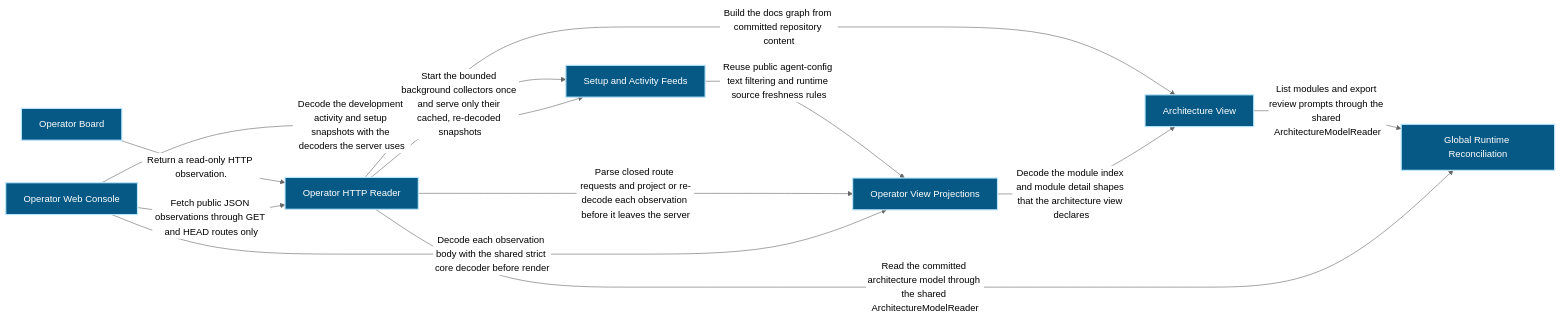
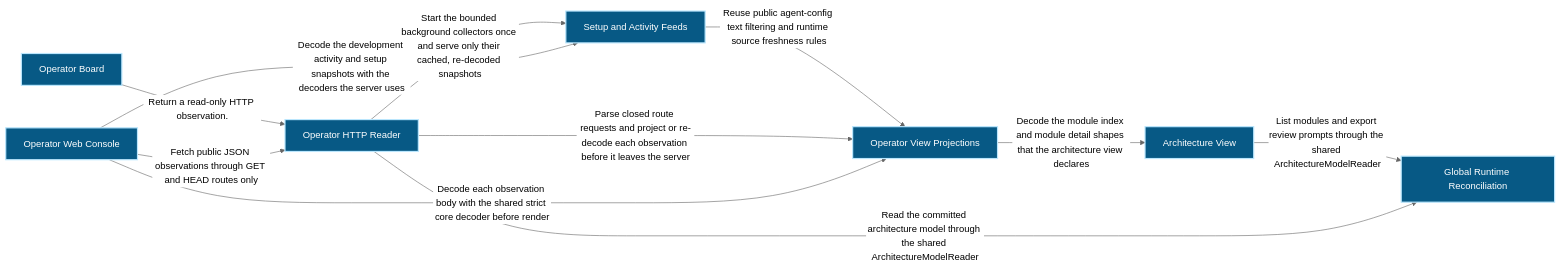
One commit to Ancienttwo/repo-harness changed the first of 4 diagrams in docs/architecture/modules/runtime-harness/operator.md. Above: the diagram before and after it, drawn with Mermaid (neutral theme). The commit also changed other lines of this file and 27 other files, not shown here.

First line of the commit message:
chore(projection): refresh generated architecture outputs for main@bbf18043e43e

````diff
--- a/docs/architecture/modules/runtime-harness/operator.md
+++ b/docs/architecture/modules/runtime-harness/operator.md
@@ -16,25 +16,24 @@
 ```mermaid
 flowchart LR
   p1_capability_runtime_harness_global_runtime_reconciliation_401730e8["Global Runtime Reconciliation"]:::component
   p1_capability_runtime_harness_operator_00133dd3["Operator Board"]:::component
   p1_component_operator_activity_feeds_00325b96["Setup and Activity Feeds"]:::component
   p1_component_operator_architecture_view_0bdc3e1c["Architecture View"]:::component
   p1_component_operator_primary_d8da79ba["Operator HTTP Reader"]:::component
   p1_component_operator_view_projections_ca31e3bc["Operator View Projections"]:::component
   p1_component_operator_web_console_452bb61f["Operator Web Console"]:::component
   p1_component_operator_activity_feeds_00325b96 -->|"Reuse public agent-config text filtering and runtime source freshness rules"| p1_component_operator_view_projections_ca31e3bc
   p1_component_operator_architecture_view_0bdc3e1c -->|"List modules and export review prompts through the shared ArchitectureModelReader"| p1_capability_runtime_harness_global_runtime_reconciliation_401730e8
   p1_component_operator_primary_d8da79ba -->|"Start the bounded background collectors once and serve only their cached#44; re-decoded snapshots"| p1_component_operator_activity_feeds_00325b96
-  p1_component_operator_primary_d8da79ba -->|"Build the docs graph from committed repository content"| p1_component_operator_architecture_view_0bdc3e1c
   p1_component_operator_primary_d8da79ba -->|"Read the committed architecture model through the shared ArchitectureModelReader"| p1_capability_runtime_harness_global_runtime_reconciliation_401730e8
   p1_component_operator_primary_d8da79ba -->|"Parse closed route requests and project or re-decode each observation before it leaves the server"| p1_component_operator_view_projections_ca31e3bc
   p1_capability_runtime_harness_operator_00133dd3 -->|"Return a read-only HTTP observation."| p1_component_operator_primary_d8da79ba
   p1_component_operator_view_projections_ca31e3bc -->|"Decode the module index and module detail shapes that the architecture view declares"| p1_component_operator_architecture_view_0bdc3e1c
   p1_component_operator_web_console_452bb61f -->|"Decode the development activity and setup snapshots with the decoders the server uses"| p1_component_operator_activity_feeds_00325b96
   p1_component_operator_web_console_452bb61f -->|"Fetch public JSON observations through GET and HEAD routes only"| p1_component_operator_primary_d8da79ba
   p1_component_operator_web_console_452bb61f -->|"Decode each observation body with the shared strict core decoder before render"| p1_component_operator_view_projections_ca31e3bc
   classDef actor fill:#111827,color:#ffffff,stroke:#f9fafb,stroke-width:2px
   classDef component fill:#075985,color:#ffffff,stroke:#bae6fd,stroke-width:2px
   classDef datastore fill:#3f6212,color:#ffffff,stroke:#d9f99d,stroke-width:2px
   classDef external fill:#7c2d12,color:#ffffff,stroke:#fed7aa,stroke-width:2px
 ```
````
